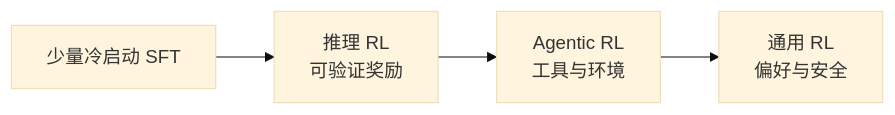
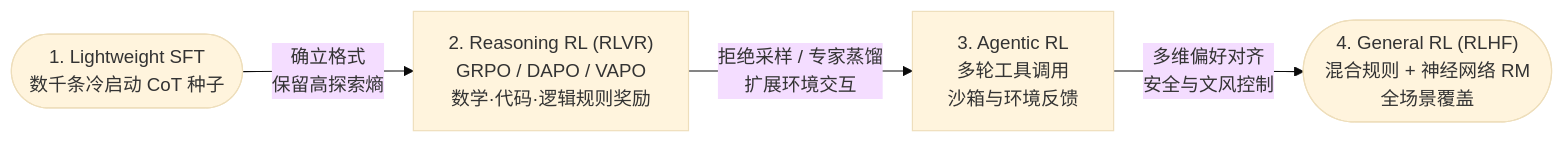
The diagram in docs/post-training/ch1/1.2-rlhf-rlvr.md (QJK-BUAA/llm-post-training), drawn with Mermaid (base theme) before and after one commit. The commit also changed other lines of this file and 46 other files, not shown here.

````diff
--- a/docs/post-training/ch1/1.2-rlhf-rlvr.md
+++ b/docs/post-training/ch1/1.2-rlhf-rlvr.md
@@ -104,6 +141,6 @@
 ```mermaid
 flowchart LR
-    LSFT["少量冷启动 SFT"] --> RRL["推理 RL<br/>可验证奖励"]
-    RRL --> ARL["Agentic RL<br/>工具与环境"]
-    ARL --> GRL["通用 RL<br/>偏好与安全"]
+    LSFT(["1. Lightweight SFT<br/>数千条冷启动 CoT 种子"]) -->|"确立格式<br/>保留高探索熵"| RRL["2. Reasoning RL (RLVR)<br/>GRPO / DAPO / VAPO<br/>数学·代码·逻辑规则奖励"]
+    RRL -->|"拒绝采样 / 专家蒸馏<br/>扩展环境交互"| ARL["3. Agentic RL<br/>多轮工具调用<br/>沙箱与环境反馈"]
+    ARL -->|"多维偏好对齐<br/>安全与文风控制"| GRL(["4. General RL (RLHF)<br/>混合规则 + 神经网络 RM<br/>全场景覆盖"])
 ```
````
